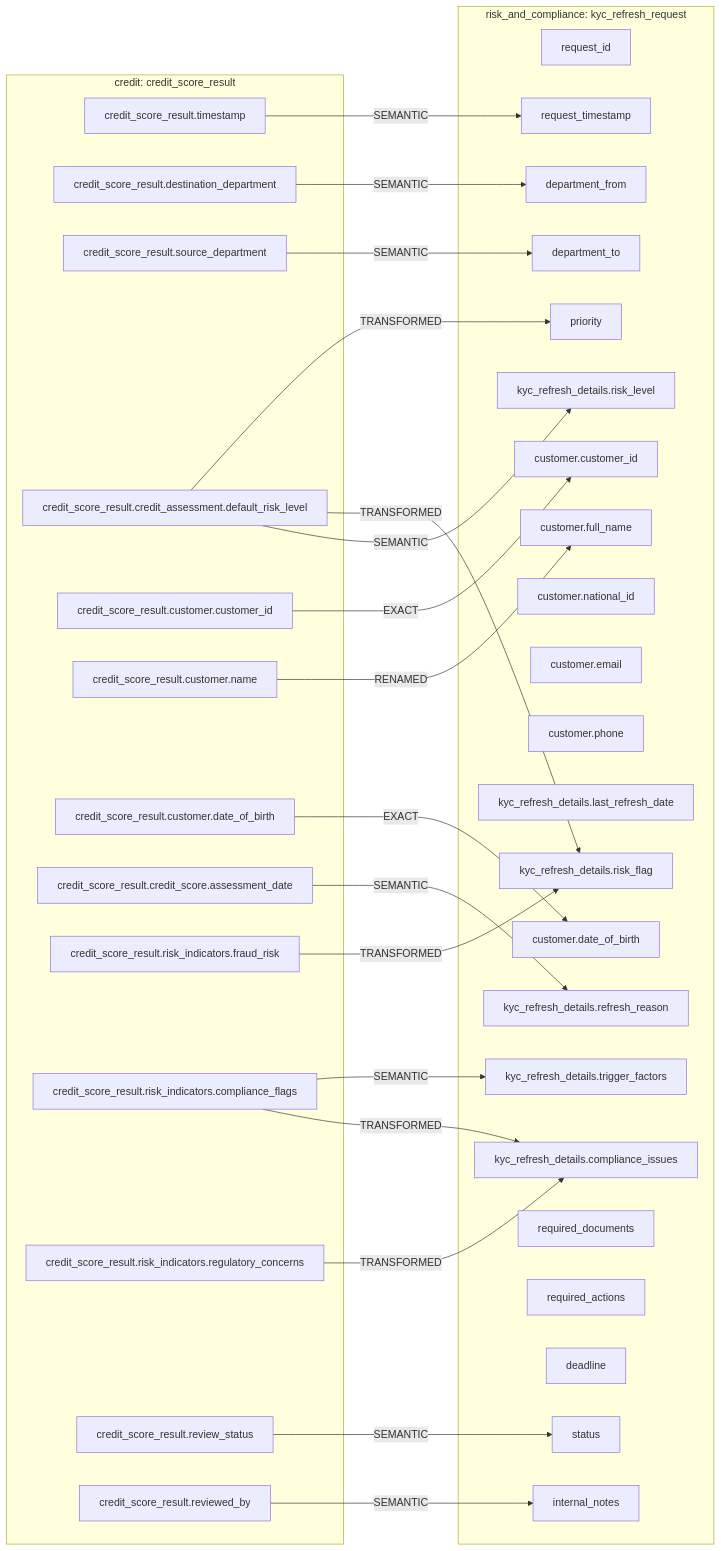
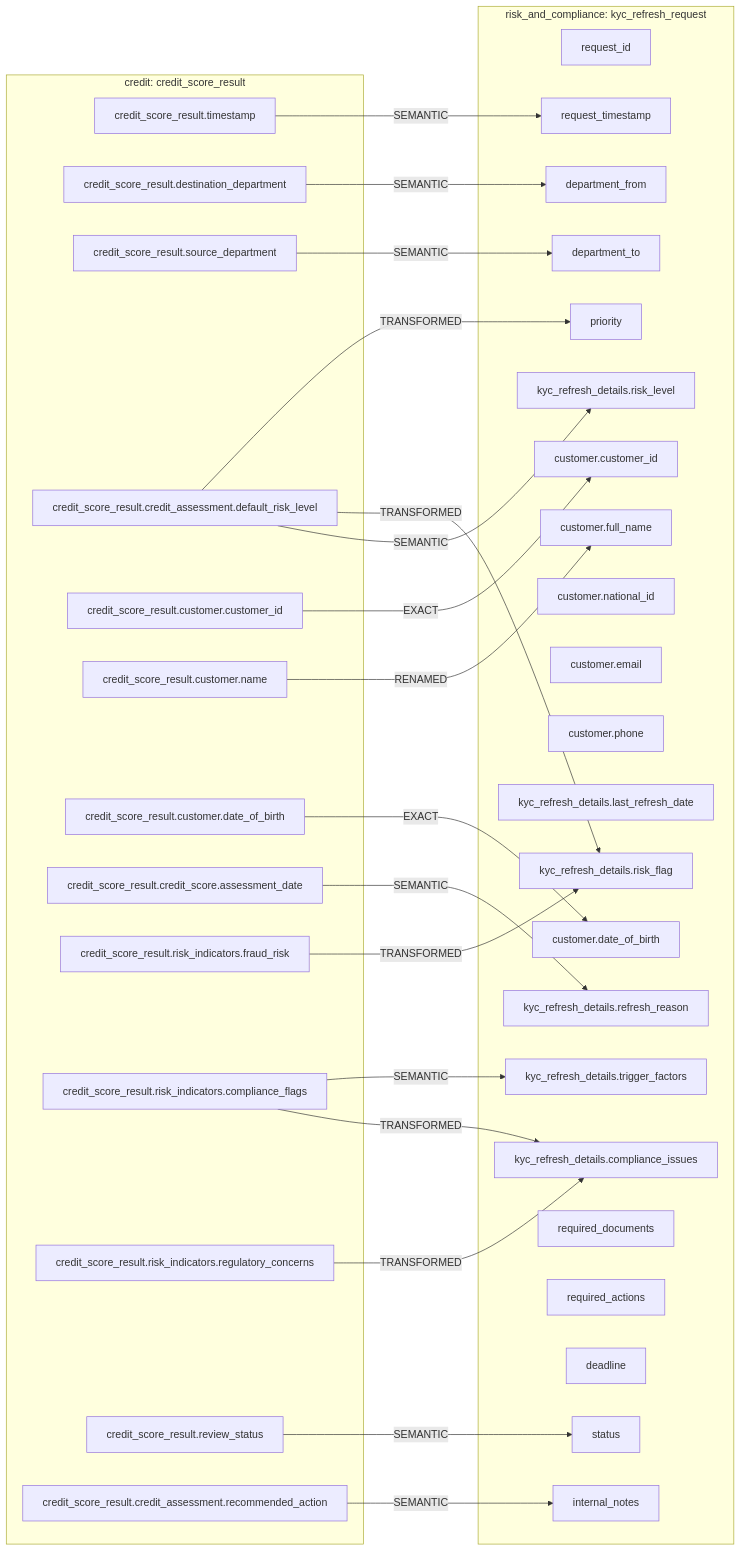
One commit to MAKWilkinson/HSBC-Data-Fabric-PoC-v2 changed the diagram in mermaids/risk_and_compliance/customer/kyc_refresh_request__from__credit__credit_score_result.mmd. Above: the diagram before and after it, drawn with Mermaid. The commit also changed 257 other files, not shown here.

```diff
--- a/mermaids/risk_and_compliance/customer/kyc_refresh_request__from__credit__credit_score_result.mmd
+++ b/mermaids/risk_and_compliance/customer/kyc_refresh_request__from__credit__credit_score_result.mmd
@@ -1,56 +1,56 @@
 flowchart LR
   subgraph IN["credit: credit_score_result"]
     in_credit_score_result_timestamp["credit_score_result.timestamp"]
     in_credit_score_result_destination_department["credit_score_result.destination_department"]
     in_credit_score_result_source_department["credit_score_result.source_department"]
     in_credit_score_result_credit_assessment_default_risk_level["credit_score_result.credit_assessment.default_risk_level"]
     in_credit_score_result_customer_customer_id["credit_score_result.customer.customer_id"]
     in_credit_score_result_customer_name["credit_score_result.customer.name"]
     in_credit_score_result_customer_date_of_birth["credit_score_result.customer.date_of_birth"]
     in_credit_score_result_credit_score_assessment_date["credit_score_result.credit_score.assessment_date"]
     in_credit_score_result_risk_indicators_fraud_risk["credit_score_result.risk_indicators.fraud_risk"]
     in_credit_score_result_risk_indicators_compliance_flags["credit_score_result.risk_indicators.compliance_flags"]
     in_credit_score_result_risk_indicators_regulatory_concerns["credit_score_result.risk_indicators.regulatory_concerns"]
     in_credit_score_result_review_status["credit_score_result.review_status"]
-    in_credit_score_result_reviewed_by["credit_score_result.reviewed_by"]
+    in_credit_score_result_credit_assessment_recommended_action["credit_score_result.credit_assessment.recommended_action"]
   end
   subgraph OUT["risk_and_compliance: kyc_refresh_request"]
     out_request_id["request_id"]
     out_request_timestamp["request_timestamp"]
     out_department_from["department_from"]
     out_department_to["department_to"]
     out_priority["priority"]
     out_customer_customer_id["customer.customer_id"]
     out_customer_full_name["customer.full_name"]
     out_customer_date_of_birth["customer.date_of_birth"]
     out_customer_national_id["customer.national_id"]
     out_customer_email["customer.email"]
     out_customer_phone["customer.phone"]
     out_kyc_refresh_details_last_refresh_date["kyc_refresh_details.last_refresh_date"]
     out_kyc_refresh_details_refresh_reason["kyc_refresh_details.refresh_reason"]
     out_kyc_refresh_details_risk_flag["kyc_refresh_details.risk_flag"]
     out_kyc_refresh_details_risk_level["kyc_refresh_details.risk_level"]
     out_kyc_refresh_details_trigger_factors["kyc_refresh_details.trigger_factors"]
     out_kyc_refresh_details_compliance_issues["kyc_refresh_details.compliance_issues"]
     out_required_documents["required_documents"]
     out_required_actions["required_actions"]
     out_deadline["deadline"]
     out_status["status"]
     out_internal_notes["internal_notes"]
   end
   in_credit_score_result_timestamp -->|SEMANTIC| out_request_timestamp
   in_credit_score_result_destination_department -->|SEMANTIC| out_department_from
   in_credit_score_result_source_department -->|SEMANTIC| out_department_to
   in_credit_score_result_credit_assessment_default_risk_level -->|TRANSFORMED| out_priority
   in_credit_score_result_customer_customer_id -->|EXACT| out_customer_customer_id
   in_credit_score_result_customer_name -->|RENAMED| out_customer_full_name
   in_credit_score_result_customer_date_of_birth -->|EXACT| out_customer_date_of_birth
   in_credit_score_result_credit_score_assessment_date -->|SEMANTIC| out_kyc_refresh_details_refresh_reason
   in_credit_score_result_risk_indicators_fraud_risk -->|TRANSFORMED| out_kyc_refresh_details_risk_flag
   in_credit_score_result_credit_assessment_default_risk_level -->|TRANSFORMED| out_kyc_refresh_details_risk_flag
   in_credit_score_result_credit_assessment_default_risk_level -->|SEMANTIC| out_kyc_refresh_details_risk_level
   in_credit_score_result_risk_indicators_compliance_flags -->|SEMANTIC| out_kyc_refresh_details_trigger_factors
   in_credit_score_result_risk_indicators_compliance_flags -->|TRANSFORMED| out_kyc_refresh_details_compliance_issues
   in_credit_score_result_risk_indicators_regulatory_concerns -->|TRANSFORMED| out_kyc_refresh_details_compliance_issues
   in_credit_score_result_review_status -->|SEMANTIC| out_status
-  in_credit_score_result_reviewed_by -->|SEMANTIC| out_internal_notes
+  in_credit_score_result_credit_assessment_recommended_action -->|SEMANTIC| out_internal_notes
```
